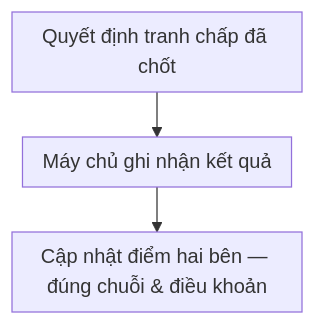
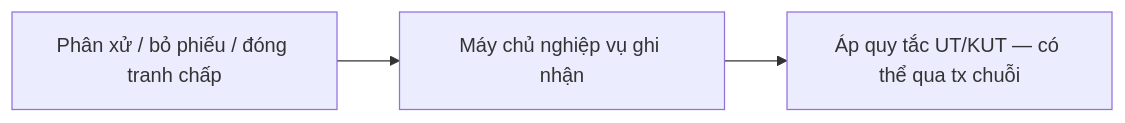
One commit to dmt041104111003/docs-nckh changed the second of 2 diagrams in admin.md. Above: the diagram before and after it, drawn with Mermaid. The commit also changed other lines of this file and 7 other files, not shown here.

````diff
--- a/admin.md
+++ b/admin.md
@@ -59,6 +59,5 @@
 ```mermaid
-%%{init: {"flowchart": {"curve": "linear", "padding": 8, "rankSpacing": 36}}}%%
-flowchart TB
-  Q[Quyết định tranh chấp đã chốt] --> SVC[Máy chủ ghi nhận kết quả]
-  SVC --> W[Cập nhật điểm hai bên — đúng chuỗi & điều khoản]
+flowchart LR
+  Q[Phân xử / bỏ phiếu / đóng tranh chấp] --> BE[Máy chủ nghiệp vụ ghi nhận]
+  BE --> W[Áp quy tắc UT/KUT — có thể qua tx chuỗi]
 ```
````
